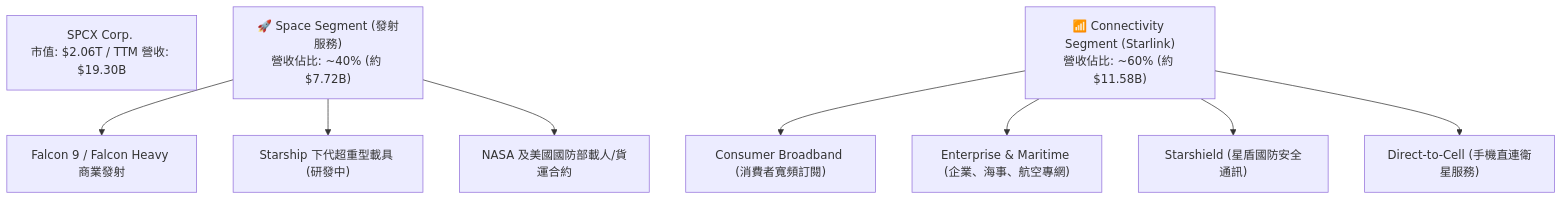
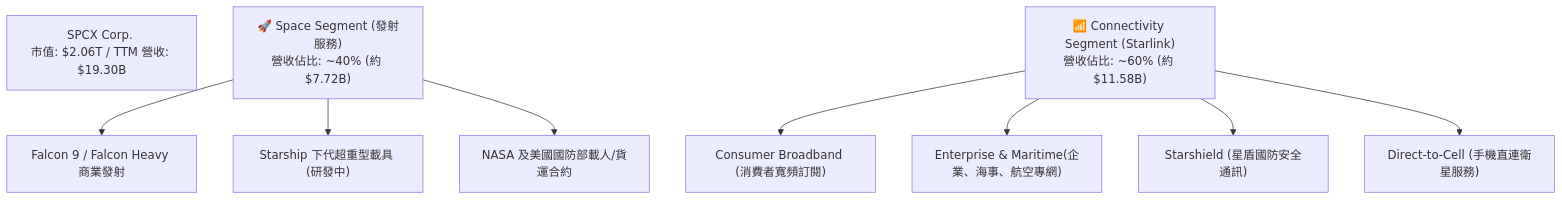
Before and after one commit to yennanliu/finance_data: the second of 12 diagrams in ai_gen_report/stock/spcx/fundamental_analysis_2026-06-24_gemini.md, drawn with Mermaid. The commit also changed 2258 other files, not shown here.

First line of the commit message:
chore: backfill Mermaid syntax repair across existing reports

````diff
--- a/ai_gen_report/stock/spcx/fundamental_analysis_2026-06-24_gemini.md
+++ b/ai_gen_report/stock/spcx/fundamental_analysis_2026-06-24_gemini.md
@@ -131,16 +131,16 @@
 ```mermaid
 graph TD
     SPCX["SPCX Corp. <br/>市值: $2.06T / TTM 營收: $19.30B"]
 
     LAUNCH["🚀 Space Segment (發射服務)<br/>營收佔比: ~40% (約 $7.72B)"]
     CONN["📶 Connectivity Segment (Starlink)<br/>營收佔比: ~60% (約 $11.58B)"]
 
     LAUNCH --> L1["Falcon 9 / Falcon Heavy 商業發射"]
     LAUNCH --> L2["Starship 下代超重型載具 (研發中)"]
     LAUNCH --> L3["NASA 及美國國防部載人/貨運合約"]
 
     CONN --> C1["Consumer Broadband (消費者寬頻訂閱)"]
-    CONN --> C2["Enterprise & Maritime (企業、海事、航空專網)"]
+    CONN --> C2["Enterprise & Maritime(企業、海事、航空專網)"]
     CONN --> C3["Starshield (星盾國防安全通訊)"]
     CONN --> C4["Direct-to-Cell (手機直連衛星服務)"]
 ```
````
